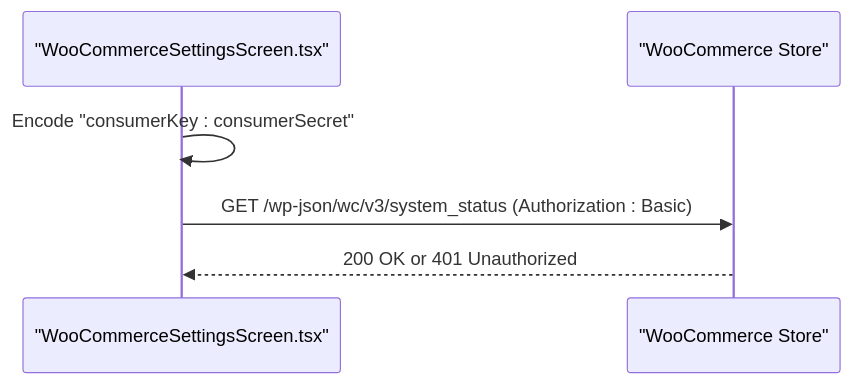
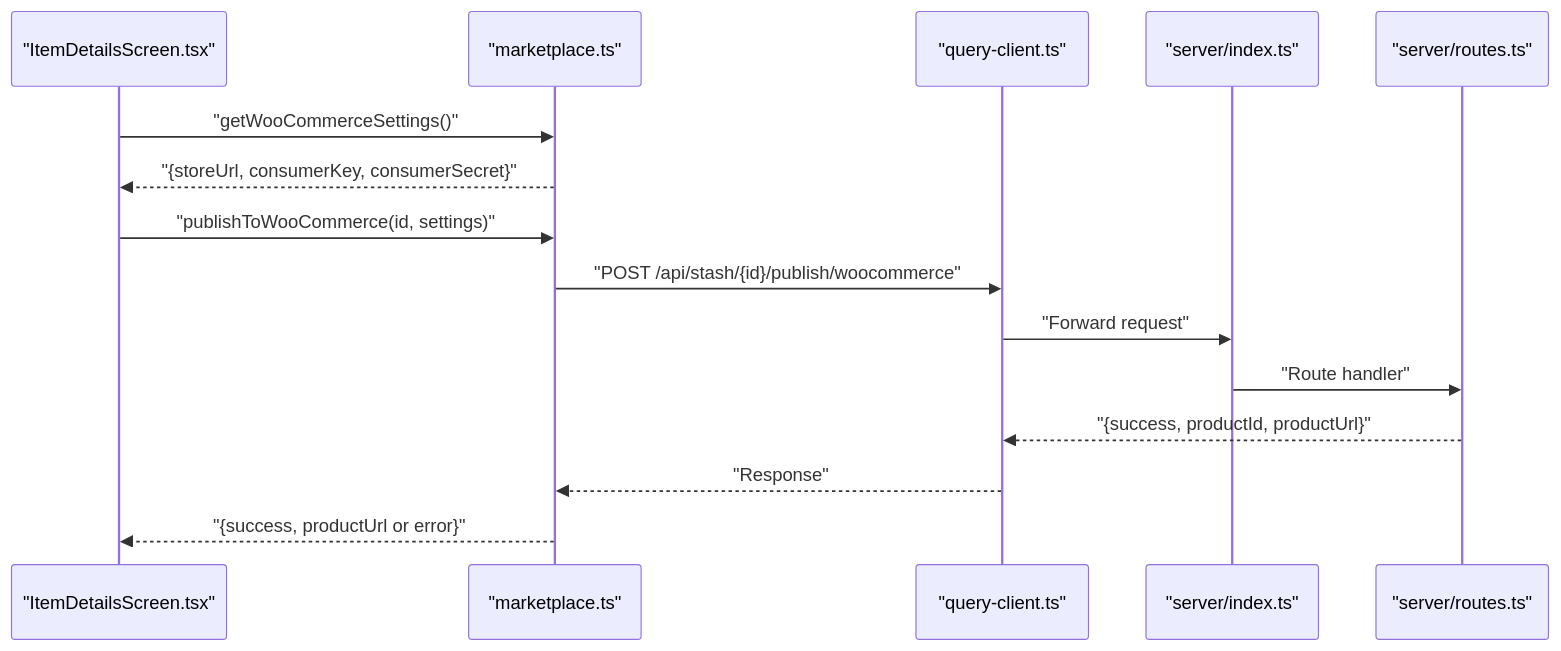
The fourth of 6 diagrams in .qoder/repowiki/en/content/Marketplace Integration/WooCommerce Integration.md (hunglevi87/Hidden-Gem), drawn with Mermaid before and after one commit. The commit also changed other lines of this file and 99 other files, not shown here.

````diff
--- a/.qoder/repowiki/en/content/Marketplace Integration/WooCommerce Integration.md
+++ b/.qoder/repowiki/en/content/Marketplace Integration/WooCommerce Integration.md
@@ -240,8 +172,17 @@
 ```mermaid
 sequenceDiagram
-participant UI as "WooCommerceSettingsScreen.tsx"
-participant WC as "WooCommerce Store"
-UI->>UI : Encode "consumerKey : consumerSecret"
-UI->>WC : GET /wp-json/wc/v3/system_status (Authorization : Basic)
-WC-->>UI : 200 OK or 401 Unauthorized
+participant UI as "ItemDetailsScreen.tsx"
+participant MP as "marketplace.ts"
+participant QC as "query-client.ts"
+participant S as "server/index.ts"
+participant R as "server/routes.ts"
+UI->>MP : "getWooCommerceSettings()"
+MP-->>UI : "{storeUrl, consumerKey, consumerSecret}"
+UI->>MP : "publishToWooCommerce(id, settings)"
+MP->>QC : "POST /api/stash/{id}/publish/woocommerce"
+QC->>S : "Forward request"
+S->>R : "Route handler"
+R-->>QC : "{success, productId, productUrl}"
+QC-->>MP : "Response"
+MP-->>UI : "{success, productUrl or error}"
 ```
````
